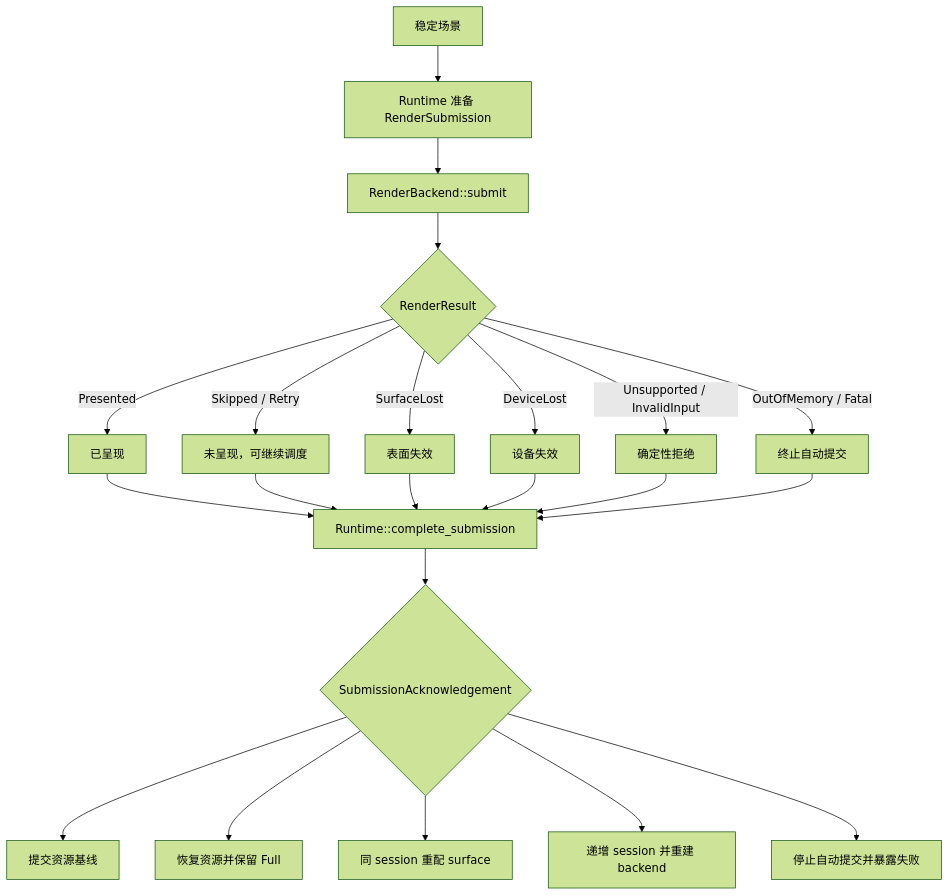
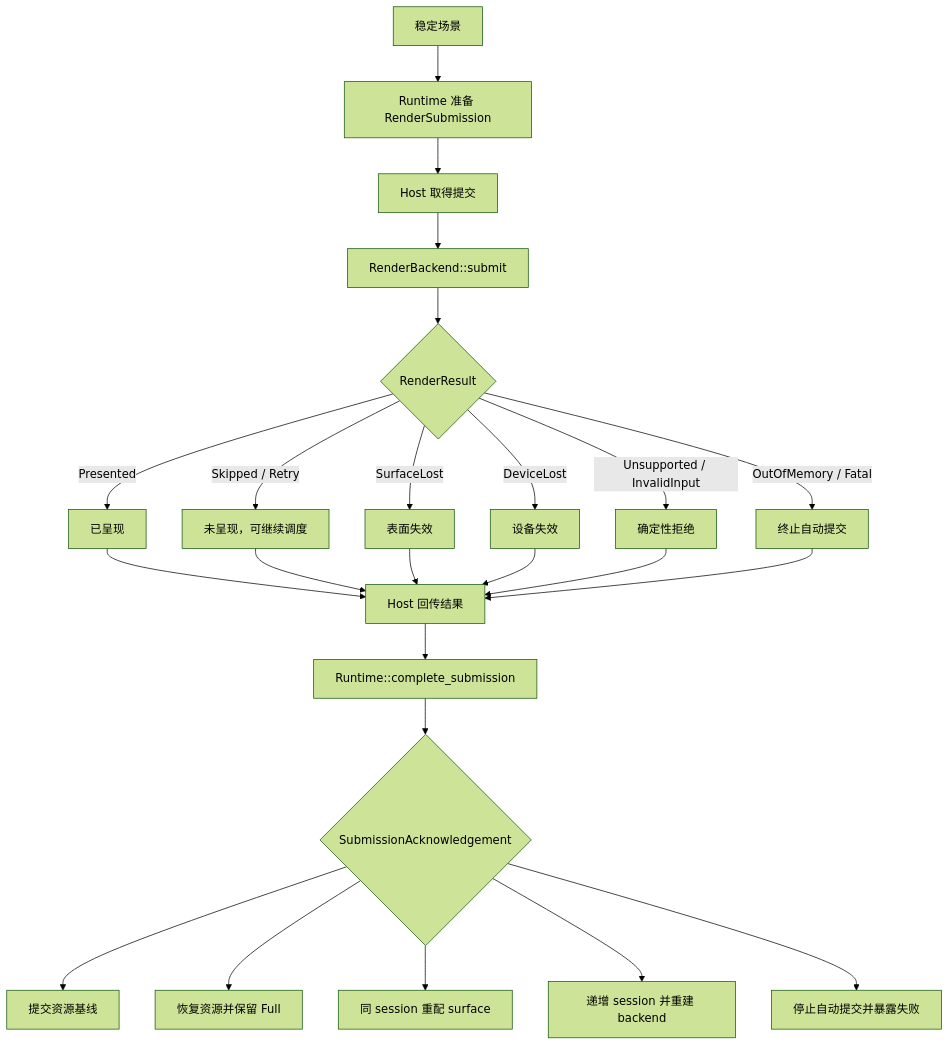
The diagram in engine/wasm_rust/novadraw/book/internals/src/07-rendering-and-frame.md (yezhang/novadraw), drawn with Mermaid (forest theme) before and after one commit. The commit also changed other lines of this file and 19 other files, not shown here.

````diff
--- a/engine/wasm_rust/novadraw/book/internals/src/07-rendering-and-frame.md
+++ b/engine/wasm_rust/novadraw/book/internals/src/07-rendering-and-frame.md
@@ -179,27 +222,29 @@
 ```mermaid
 flowchart TD
     Stable[稳定场景] --> Prepare[Runtime 准备 RenderSubmission]
-    Prepare --> Backend[RenderBackend::submit]
+    Prepare --> Host[Host 取得提交]
+    Host --> Backend[RenderBackend::submit]
     Backend --> Result{RenderResult}
 
     Result -->|Presented| Presented[已呈现]
     Result -->|Skipped / Retry| Deferred[未呈现，可继续调度]
     Result -->|SurfaceLost| Surface[表面失效]
     Result -->|DeviceLost| Device[设备失效]
     Result -->|Unsupported / InvalidInput| Rejected[确定性拒绝]
     Result -->|OutOfMemory / Fatal| Terminated[终止自动提交]
 
-    Presented --> Complete[Runtime::complete_submission]
-    Deferred --> Complete
-    Surface --> Complete
-    Device --> Complete
-    Rejected --> Complete
-    Terminated --> Complete
+    Presented --> Return[Host 回传结果]
+    Deferred --> Return
+    Surface --> Return
+    Device --> Return
+    Rejected --> Return
+    Terminated --> Return
+    Return --> Complete[Runtime::complete_submission]
 
     Complete --> Ack{SubmissionAcknowledgement}
     Ack --> Baseline[提交资源基线]
     Ack --> Preserve[恢复资源并保留 Full]
     Ack --> Reconfigure[同 session 重配 surface]
     Ack --> Rebuild[递增 session 并重建 backend]
     Ack --> Stop[停止自动提交并暴露失败]
 ```
````
